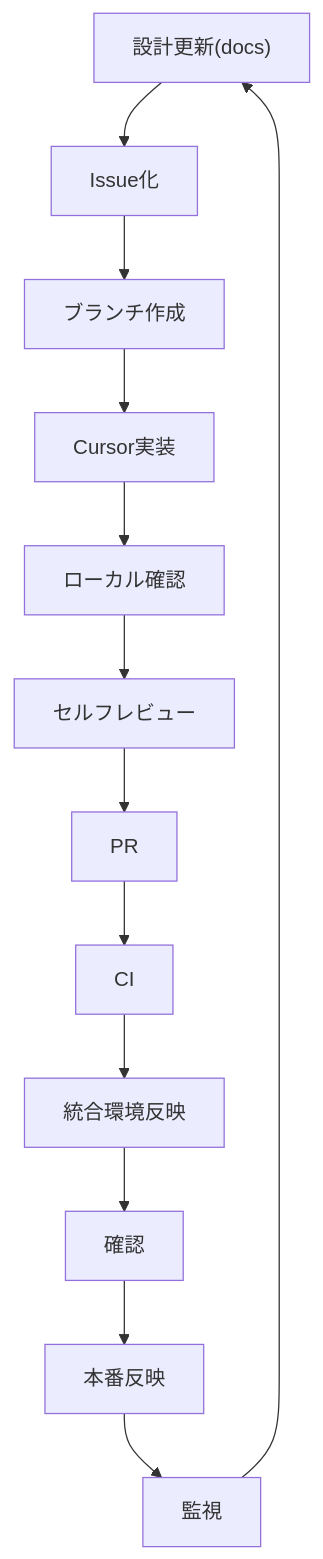
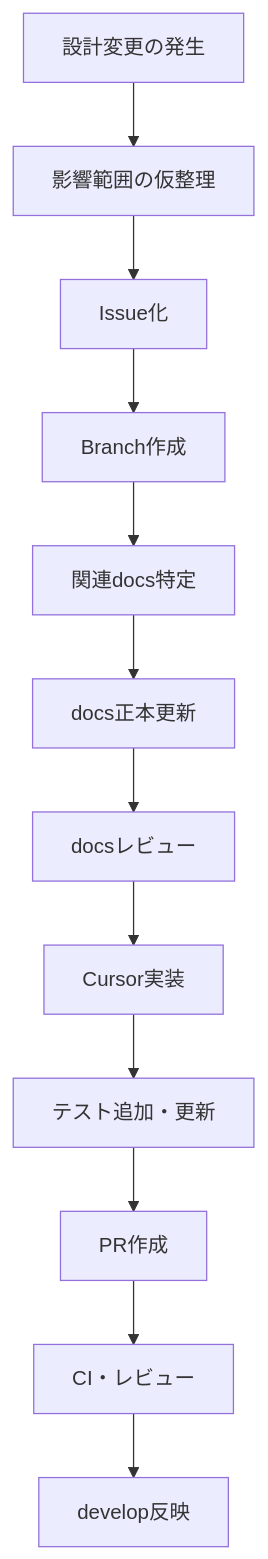
Before and after one commit to ryo-chan-k6/GiftRecommendAPP_MVP_CYCLE_3: the second of 5 diagrams in docs/05_アプリケーション設計/共通/DevOps方針書.md, drawn with Mermaid. The commit also changed other lines of this file, not shown here.

Commit message:
DevOps方針書を更新し、Gift Recommendation Service MVPの設計・開発・運用に関する方針を明確化。個人開発とAIエージェント活用を前提にした持続可能な開発運用の構築を目指し、CI/CDやテストの整合性を強化するための具体的な方針を定義。また、ドキュメントの整理を行い、全体プロセスの可視化を図った。

````diff
--- a/docs/05_アプリケーション設計/共通/DevOps方針書.md
+++ b/docs/05_アプリケーション設計/共通/DevOps方針書.md
@@ -64,15 +383,14 @@
 ```mermaid
 flowchart TD
-A["設計更新(docs)"] --> B[Issue化]
-B --> C[ブランチ作成]
-C --> D[Cursor実装]
-D --> E[ローカル確認]
-E --> F[セルフレビュー]
-F --> G[PR]
-G --> H[CI]
-H --> I[統合環境反映]
-I --> J[確認]
-J --> K[本番反映]
-K --> L[監視]
-L --> A
+    A[設計変更の発生] --> B[影響範囲の仮整理]
+    B --> C[Issue化]
+    C --> D[Branch作成]
+    D --> E[関連docs特定]
+    E --> F[docs正本更新]
+    F --> G[docsレビュー]
+    G --> H[Cursor実装]
+    H --> I[テスト追加・更新]
+    I --> J[PR作成]
+    J --> K[CI・レビュー]
+    K --> L[develop反映]
 ```
````
